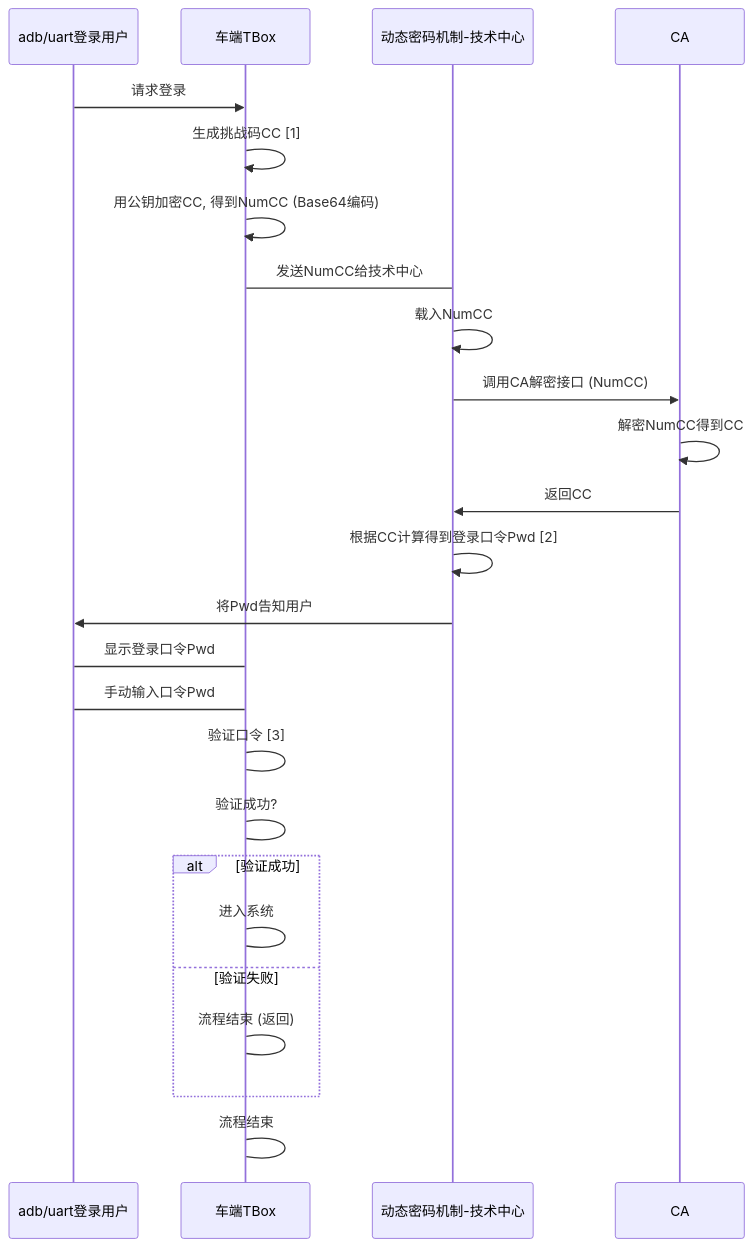
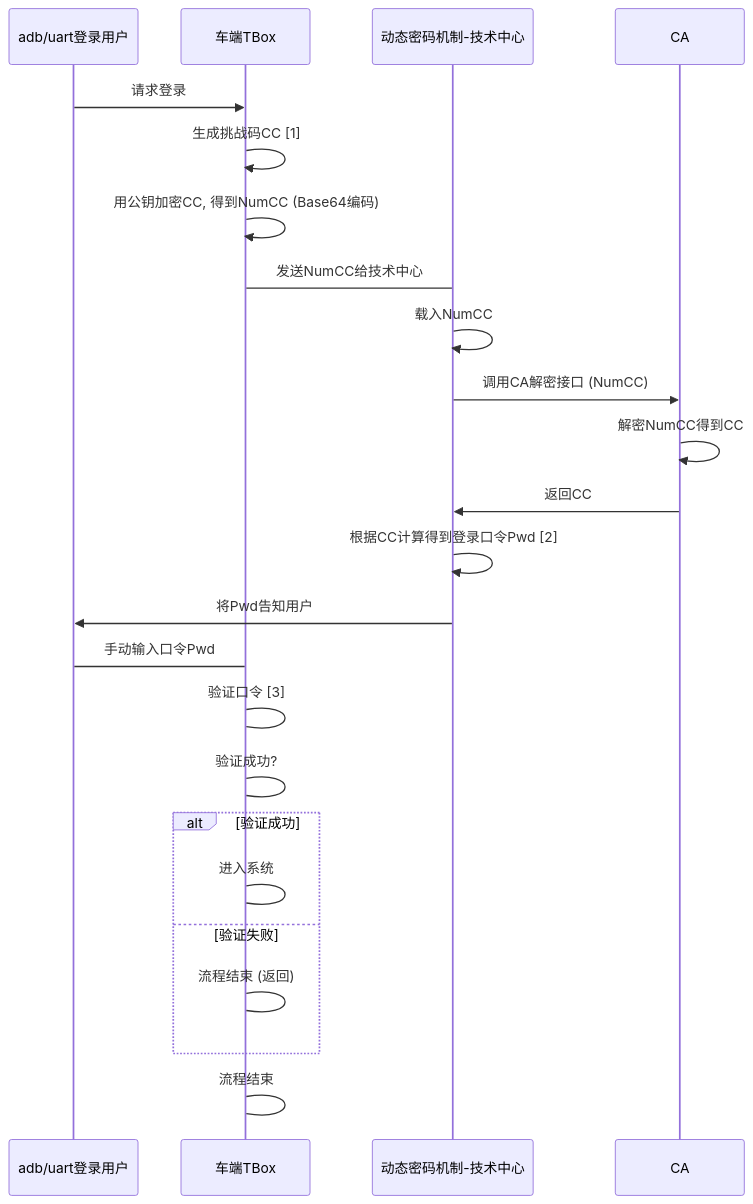
The diagram in all/未命名-13.md (facebook-cloud/iodraw-files), drawn with Mermaid before and after one commit.

Commit message:
2026-01-26 15:21:47 update

````diff
--- a/all/未命名-13.md
+++ b/all/未命名-13.md
@@ -1,29 +1,29 @@
 ```mermaid
 sequenceDiagram
     participant user as adb/uart登录用户
     participant tbox as 车端TBox
     participant tech_center as 动态密码机制-技术中心
     participant ca as CA
 
     user->>tbox: 请求登录
     tbox->>tbox: 生成挑战码CC [1]
     tbox->>tbox: 用公钥加密CC, 得到NumCC (Base64编码)
     tbox->tech_center: 发送NumCC给技术中心
     tech_center->>tech_center: 载入NumCC
     tech_center->>ca: 调用CA解密接口 (NumCC)
     ca->>ca: 解密NumCC得到CC
     ca->>tech_center: 返回CC
     tech_center->>tech_center: 根据CC计算得到登录口令Pwd [2]
     tech_center->>user: 将Pwd告知用户
-    tbox->user: 显示登录口令Pwd
+
     user->tbox: 手动输入口令Pwd
     tbox->tbox: 验证口令 [3]
     tbox->tbox: 验证成功?
     alt 验证成功
         tbox->tbox: 进入系统
     else 验证失败
         tbox->tbox: 流程结束 (返回)
     end
     tbox->tbox: 流程结束
 
 ```
````
